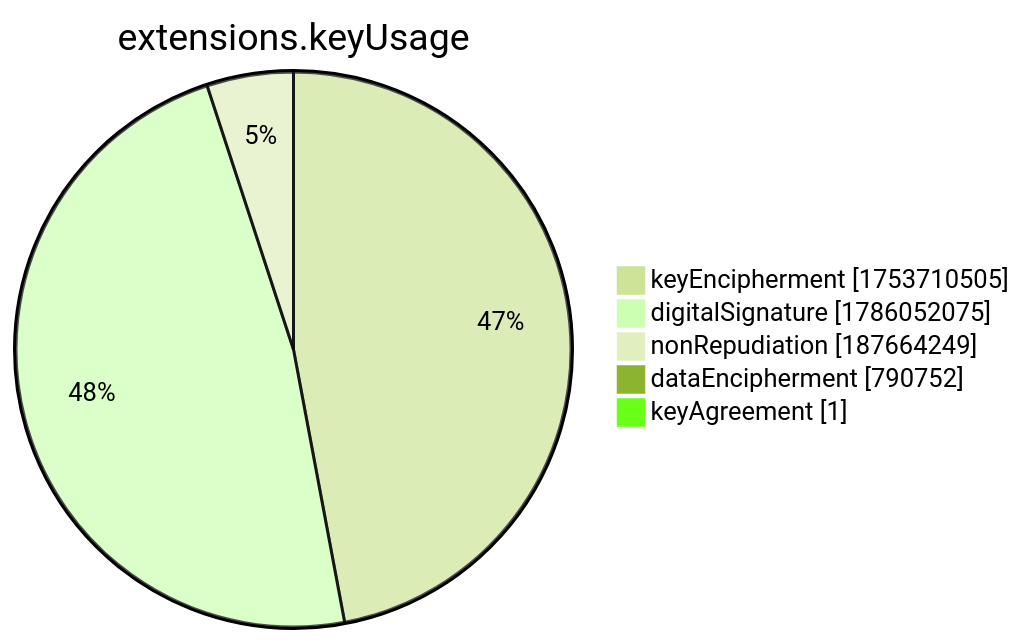
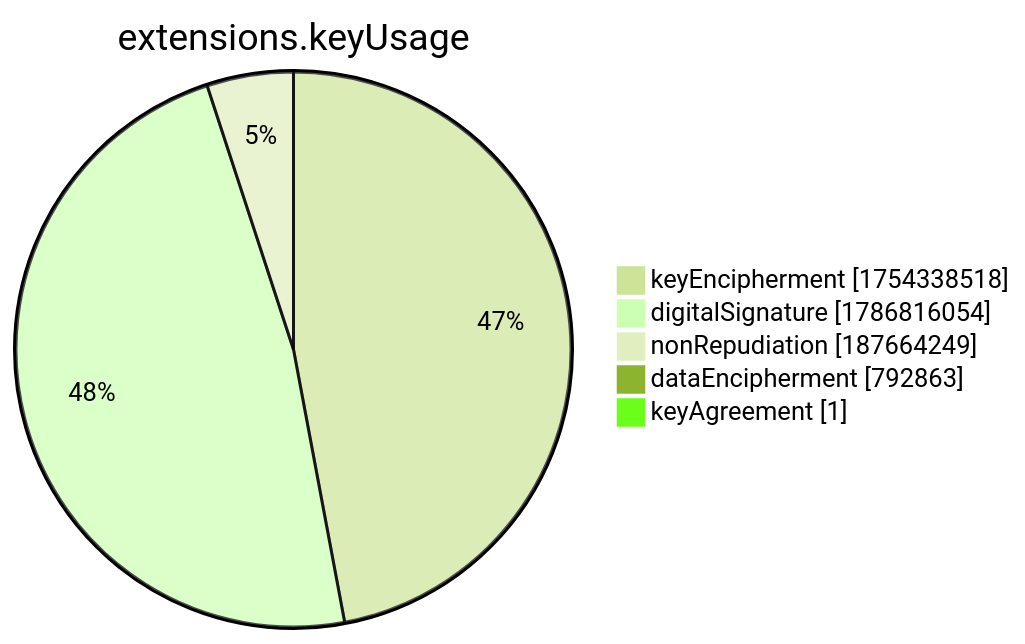
Before and after one commit to christiankrug/ctmonitor_visualization: the seventh of 15 diagrams in xenon2022/README.md, drawn with Mermaid (forest theme). The commit also changed other lines of this file, not shown here.

````diff
--- a/xenon2022/README.md
+++ b/xenon2022/README.md
@@ -2859,9 +2859,9 @@
 ```mermaid
 pie showData
 title extensions.keyUsage
-"keyEncipherment" :1753710505
-"digitalSignature" :1786052075
+"keyEncipherment" :1754338518
+"digitalSignature" :1786816054
 "nonRepudiation" :187664249
-"dataEncipherment" :790752
+"dataEncipherment" :792863
 "keyAgreement" :1
 ```
````
